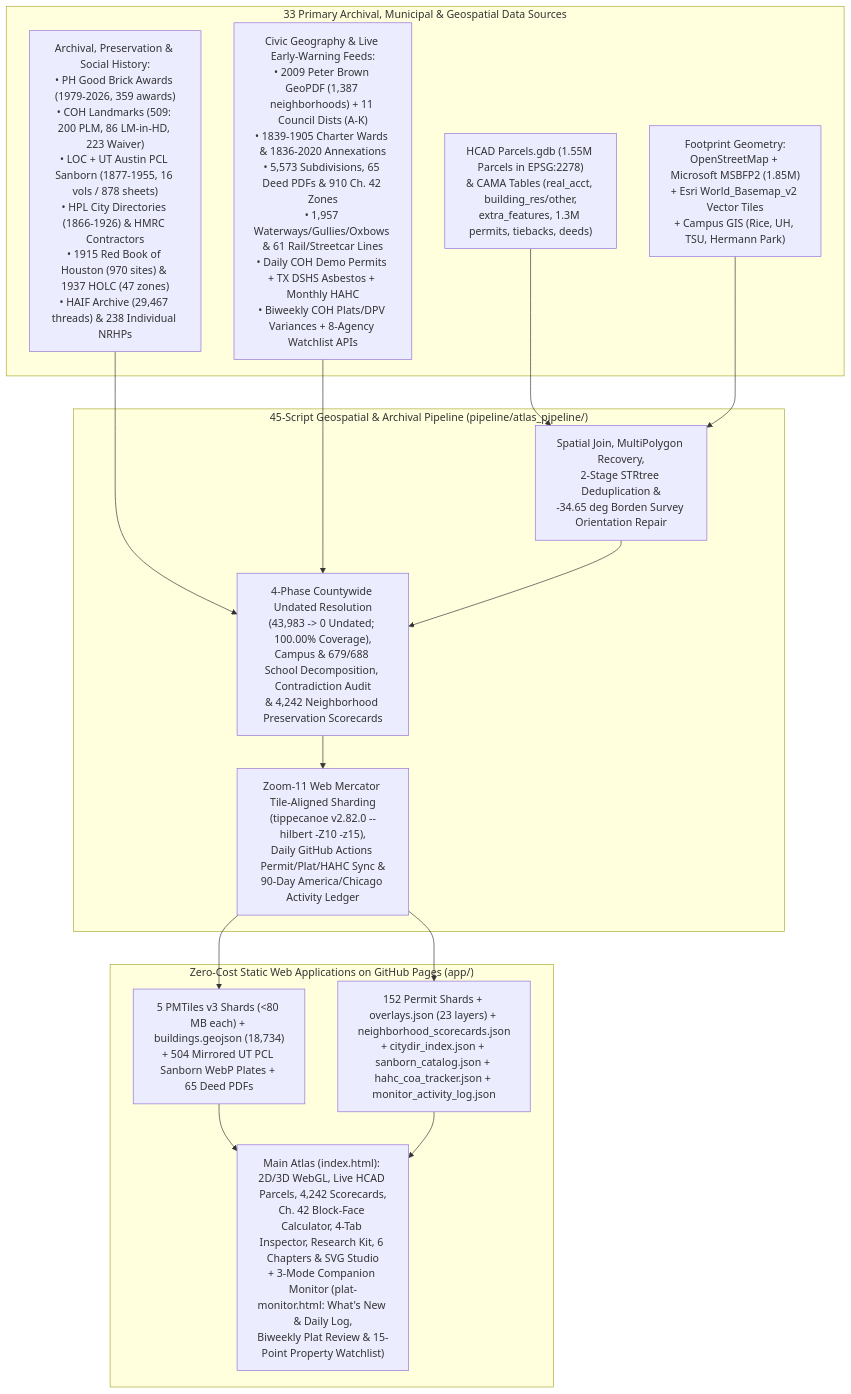
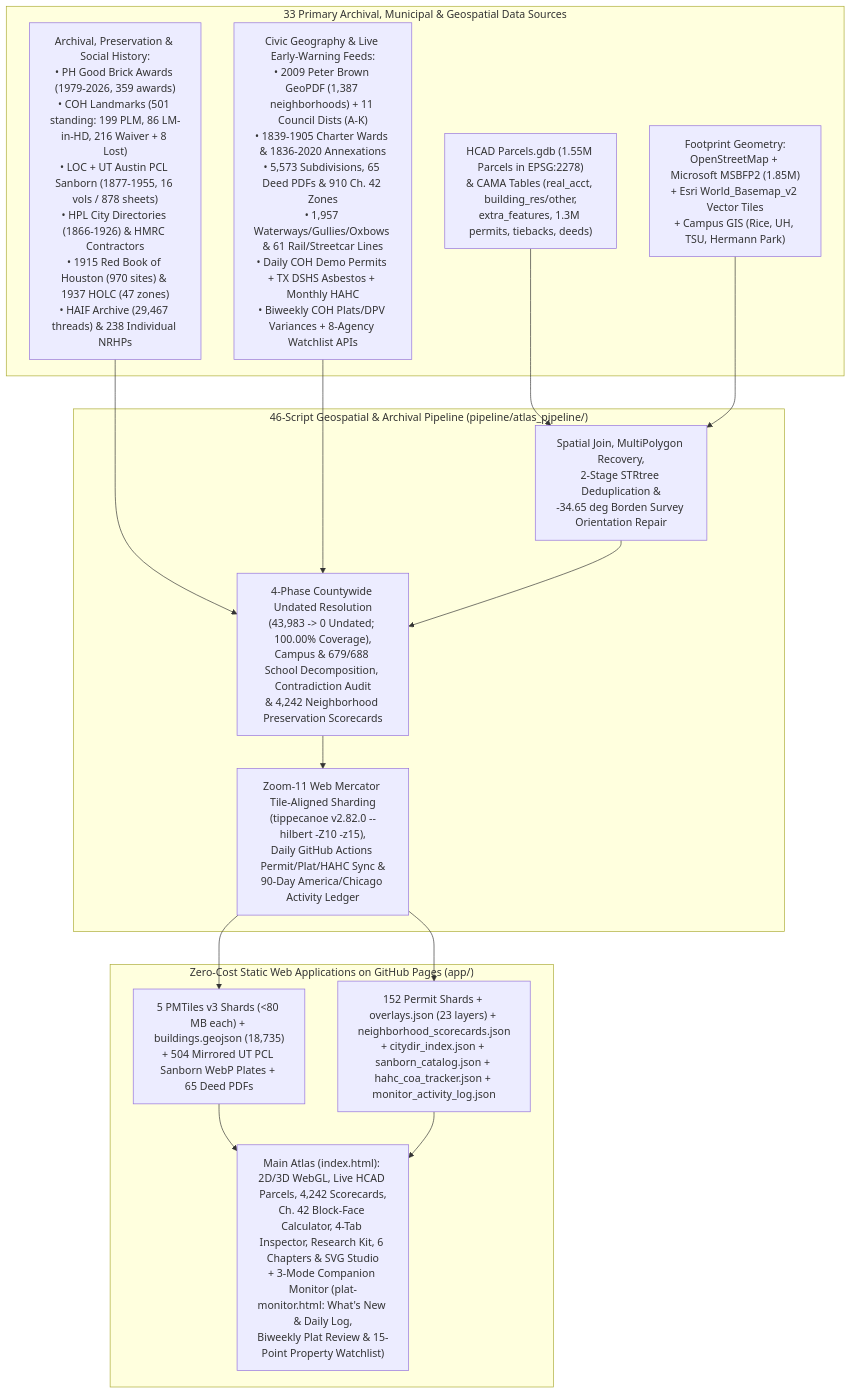
The diagram in README.md (davemorris-gcp/houston-building-atlas), drawn with Mermaid before and after one commit. The commit also changed other lines of this file and 41 other files, not shown here.

````diff
--- a/README.md
+++ b/README.md
@@ -19,26 +19,26 @@
 ```mermaid
 flowchart TD
     subgraph Sources["33 Primary Archival, Municipal & Geospatial Data Sources"]
         S1["HCAD Parcels.gdb (1.55M Parcels in EPSG:2278)\n& CAMA Tables (real_acct, building_res/other,\nextra_features, 1.3M permits, tiebacks, deeds)"]
         S2["Footprint Geometry:\nOpenStreetMap + Microsoft MSBFP2 (1.85M)\n+ Esri World_Basemap_v2 Vector Tiles\n+ Campus GIS (Rice, UH, TSU, Hermann Park)"]
-        S3["Archival, Preservation & Social History:\n• PH Good Brick Awards (1979-2026, 359 awards)\n• COH Landmarks (509: 200 PLM, 86 LM-in-HD, 223 Waiver)\n• LOC + UT Austin PCL Sanborn (1877-1955, 16 vols / 878 sheets)\n• HPL City Directories (1866-1926) & HMRC Contractors\n• 1915 Red Book of Houston (970 sites) & 1937 HOLC (47 zones)\n• HAIF Archive (29,467 threads) & 238 Individual NRHPs"]
+        S3["Archival, Preservation & Social History:\n• PH Good Brick Awards (1979-2026, 359 awards)\n• COH Landmarks (501 standing: 199 PLM, 86 LM-in-HD, 216 Waiver + 8 Lost)\n• LOC + UT Austin PCL Sanborn (1877-1955, 16 vols / 878 sheets)\n• HPL City Directories (1866-1926) & HMRC Contractors\n• 1915 Red Book of Houston (970 sites) & 1937 HOLC (47 zones)\n• HAIF Archive (29,467 threads) & 238 Individual NRHPs"]
         S4["Civic Geography & Live Early-Warning Feeds:\n• 2009 Peter Brown GeoPDF (1,387 neighborhoods) + 11 Council Dists (A-K)\n• 1839-1905 Charter Wards & 1836-2020 Annexations\n• 5,573 Subdivisions, 65 Deed PDFs & 910 Ch. 42 Zones\n• 1,957 Waterways/Gullies/Oxbows & 61 Rail/Streetcar Lines\n• Daily COH Demo Permits + TX DSHS Asbestos + Monthly HAHC\n• Biweekly COH Plats/DPV Variances + 8-Agency Watchlist APIs"]
     end
 
-    subgraph Pipeline["45-Script Geospatial & Archival Pipeline (pipeline/atlas_pipeline/)"]
+    subgraph Pipeline["46-Script Geospatial & Archival Pipeline (pipeline/atlas_pipeline/)"]
         P1["Spatial Join, MultiPolygon Recovery,\n2-Stage STRtree Deduplication &\n-34.65 deg Borden Survey Orientation Repair"]
         P2["4-Phase Countywide Undated Resolution\n(43,983 -> 0 Undated; 100.00% Coverage),\nCampus & 679/688 School Decomposition, Contradiction Audit\n& 4,242 Neighborhood Preservation Scorecards"]
         P3["Zoom-11 Web Mercator Tile-Aligned Sharding\n(tippecanoe v2.82.0 --hilbert -Z10 -z15),\nDaily GitHub Actions Permit/Plat/HAHC Sync &\n90-Day America/Chicago Activity Ledger"]
     end
 
     subgraph App["Zero-Cost Static Web Applications on GitHub Pages (app/)"]
-        A1["5 PMTiles v3 Shards (<80 MB each) + buildings.geojson (18,734)\n+ 504 Mirrored UT PCL Sanborn WebP Plates + 65 Deed PDFs"]
+        A1["5 PMTiles v3 Shards (<80 MB each) + buildings.geojson (18,735)\n+ 504 Mirrored UT PCL Sanborn WebP Plates + 65 Deed PDFs"]
         A2["152 Permit Shards + overlays.json (23 layers) + neighborhood_scorecards.json\n+ citydir_index.json + sanborn_catalog.json + hahc_coa_tracker.json + monitor_activity_log.json"]
         A3["Main Atlas (index.html): 2D/3D WebGL, Live HCAD Parcels, 4,242 Scorecards,\nCh. 42 Block-Face Calculator, 4-Tab Inspector, Research Kit, 6 Chapters & SVG Studio\n+ 3-Mode Companion Monitor (plat-monitor.html: What's New & Daily Log,\nBiweekly Plat Review & 15-Point Property Watchlist)"]
     end
 
     S1 & S2 --> P1
     S3 & S4 --> P2
     P1 --> P2 --> P3
     P3 --> A1 & A2 --> A3
 ```
````
